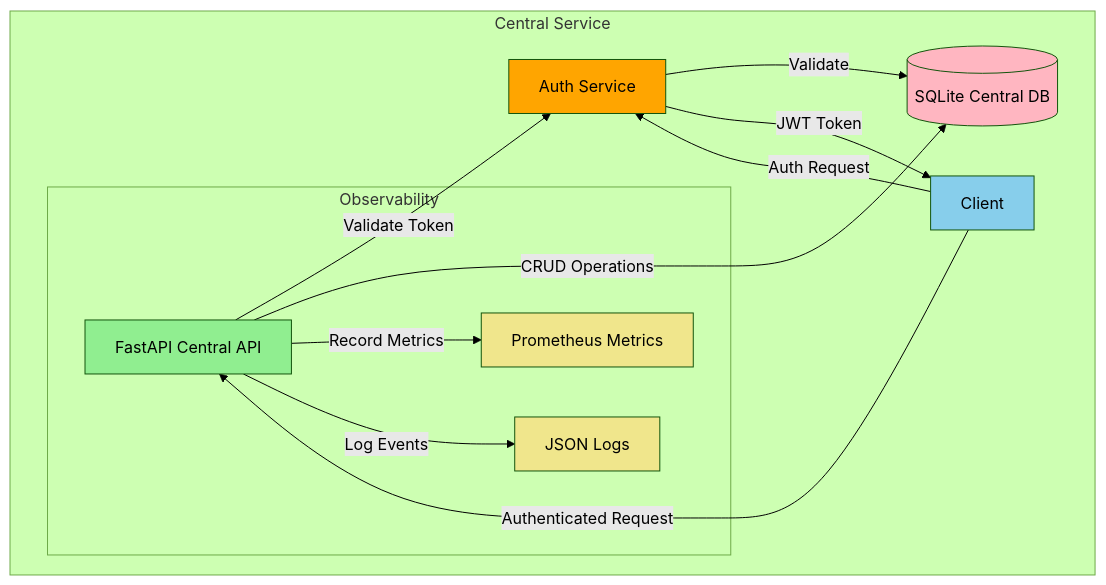
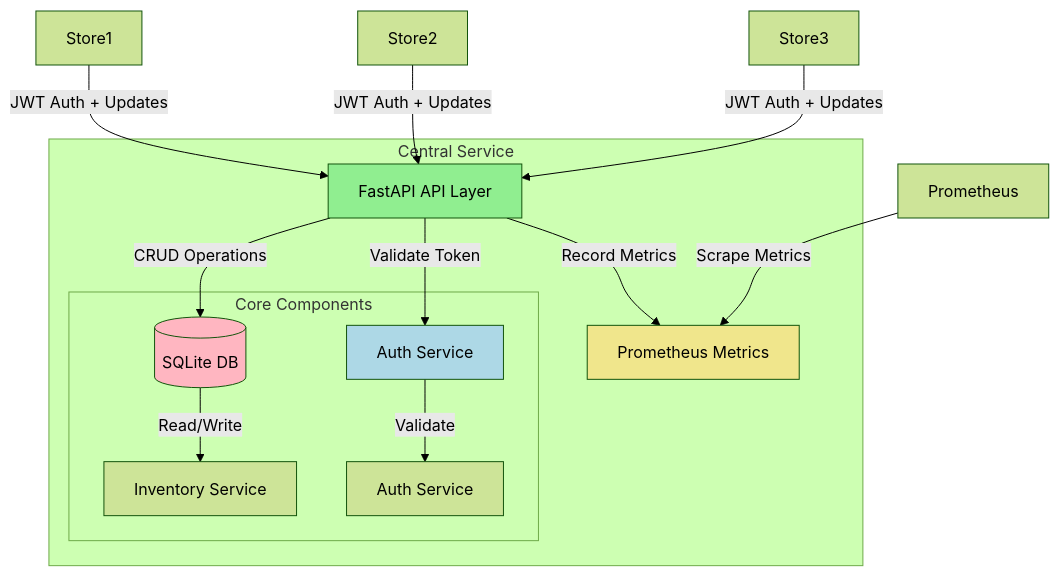
One commit to aleamar264/distributed_systems changed the diagram in central_services/README.md. Above: the diagram before and after it, drawn with Mermaid (forest theme). The commit also changed other lines of this file and 25 other files, not shown here.

````diff
--- a/central_services/README.md
+++ b/central_services/README.md
@@ -1,30 +7,31 @@
 ```mermaid
 flowchart TB
     subgraph Central Service
-        API[FastAPI Central API]
-        DB[(SQLite Central DB)]
+        API[FastAPI API Layer]
         Auth[Auth Service]
+        DB[(SQLite DB)]
+        MetricsCollector[Prometheus Metrics]
         
-        Client -->|Auth Request| Auth
-        Auth -->|Validate| DB
-        Auth -->|JWT Token| Client
-        
-        Client -->|Authenticated Request| API
         API -->|Validate Token| Auth
         API -->|CRUD Operations| DB
+        API -->|Record Metrics| MetricsCollector
         
-        subgraph Observability
-            Prom[Prometheus Metrics]
-            Logs[JSON Logs]
-            API -->|Record Metrics| Prom
-            API -->|Log Events| Logs
+        subgraph Core Components
+            InventoryService[Inventory Service]
+            AuthService[Auth Service]
+            DB -->|Read/Write| InventoryService
+            Auth -->|Validate| AuthService
         end
     end
+    
+    Store1 -->|JWT Auth + Updates| API
+    Store2 -->|JWT Auth + Updates| API
+    Store3 -->|JWT Auth + Updates| API
+    
+    Prometheus -->|Scrape Metrics| MetricsCollector
 
-    style API fill:#90EE90
-    style DB fill:#FFB6C1
-    style Auth fill:#FFA500
-    style Client fill:#87CEEB
-    style Prom fill:#F0E68C
-    style Logs fill:#F0E68C
+style API fill:#90EE90
+style DB fill:#FFB6C1
+style Auth fill:#ADD8E6
+style MetricsCollector fill:#F0E68C
 ```
````
